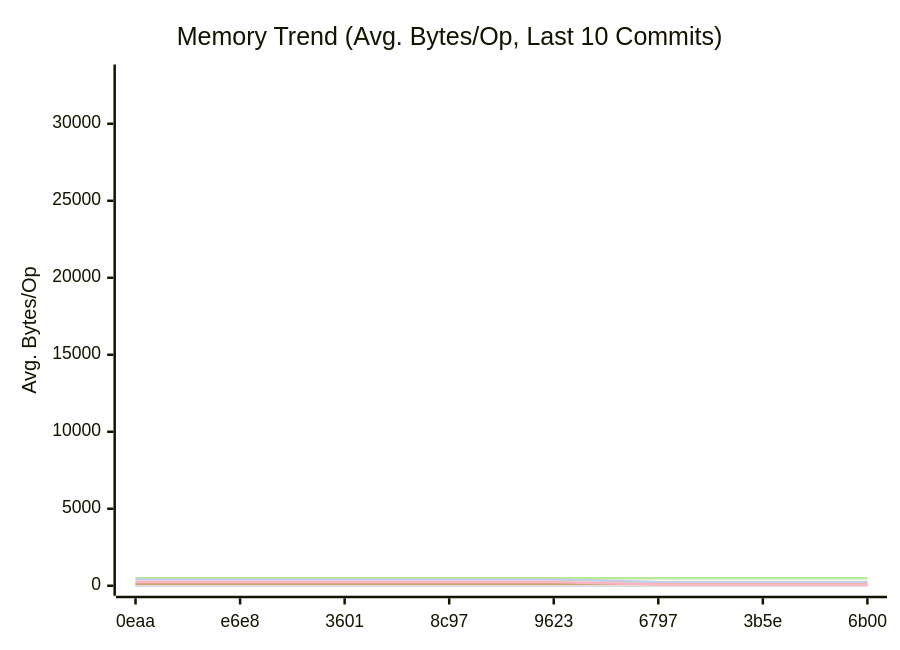
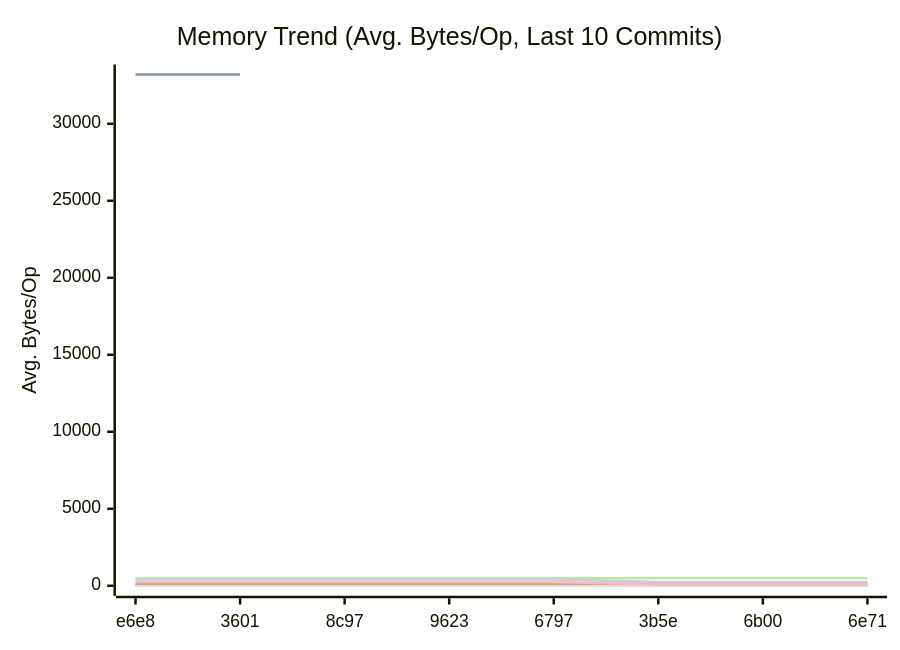
Before and after one commit to alsotoes/momo: the second of 3 diagrams in docs/README.md, drawn with Mermaid. The commit also changed other lines of this file and 1 other file, not shown here.

````diff
--- a/docs/README.md
+++ b/docs/README.md
@@ -323,15 +323,15 @@
 ```mermaid
 xychart-beta
     title "Memory Trend (Avg. Bytes/Op, Last 10 Commits)"
     x-axis "Commit"
     y-axis "Avg. Bytes/Op"
-    x-axis [0eaa,e6e8,3601,8c97,9623,6797,3b5e,6b00]
+    x-axis [e6e8,3601,8c97,9623,6797,3b5e,6b00,6e71]
     line "CheckMetricsAndSwap" [0,0,0,0,0,0,0,0,0,0]
-    line "HashFile" [33200]
+    line "HashFile" [33200,33200]
     line "IndexDirectTracking" [0,0,0,0,0,0,0,0,0,0]
     line "IndexSearch" [0,0,0,0,0,0,0,0,0,0]
     line "LoadGlobalConfig" [480,480,480,480,480,480,480,480,480,480]
     line "PadString" [128,128,128,128,128,128,128,128,128,128]
     line "ParseReplicationOrder_NoPrealloc" [408,408,408,408,408,248,248,248,248,248]
     line "ParseReplicationOrder_Prealloc" [240,240,240,240,240,80,80,80,80,80]
 ```
````
